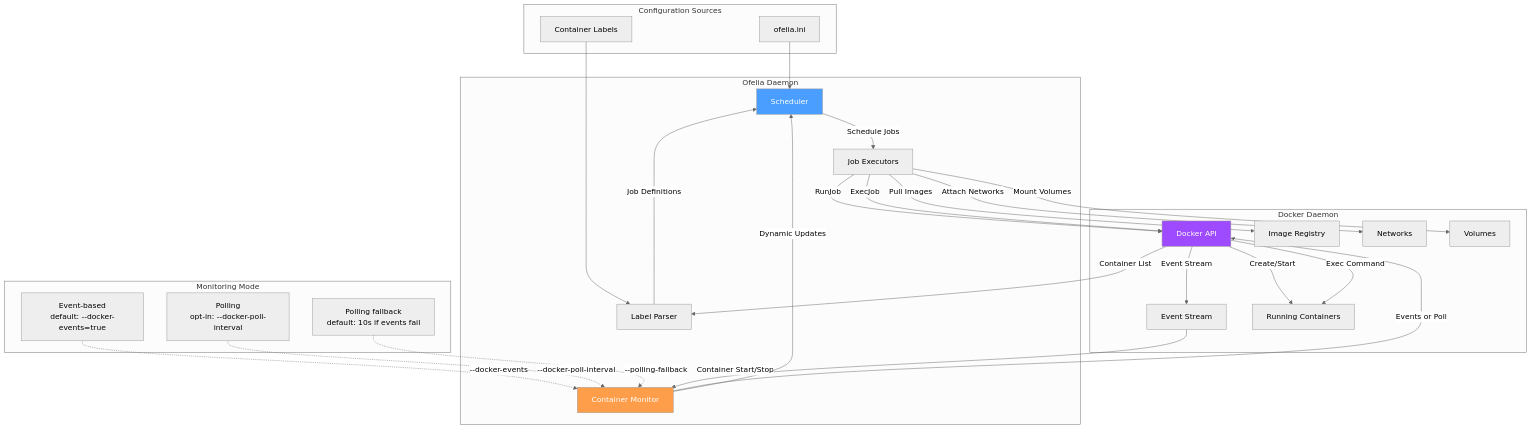
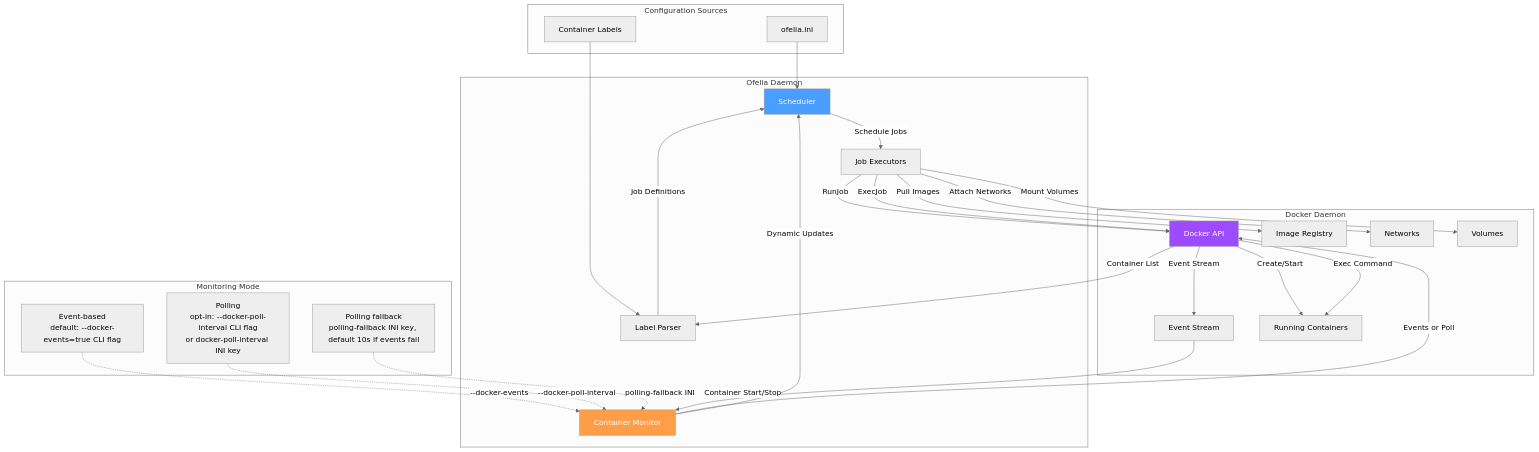
Before and after one commit to techsolo12/ofelia: the third of 8 diagrams in docs/ARCHITECTURE_DIAGRAMS.md, drawn with Mermaid (neutral theme). The commit also changed 3 other files, not shown here.

First line of the commit message:
docs(README): clarify which polling controls are CLI flags vs INI keys

````diff
--- a/docs/ARCHITECTURE_DIAGRAMS.md
+++ b/docs/ARCHITECTURE_DIAGRAMS.md
@@ -158,59 +158,59 @@
 ```mermaid
 graph TB
     subgraph "Ofelia Daemon"
         Sched[Scheduler]
         Monitor[Container Monitor]
         Jobs[Job Executors]
         Parser[Label Parser]
     end
     
     subgraph "Docker Daemon"
         API[Docker API]
         Events[Event Stream]
         Containers[Running Containers]
         Images[Image Registry]
         Networks[Networks]
         Volumes[Volumes]
     end
     
     subgraph "Configuration Sources"
         INI[ofelia.ini]
         Labels[Container Labels]
     end
     
     subgraph "Monitoring Mode"
-        EventMode[Event-based<br/>default: --docker-events=true]
-        Poll[Polling<br/>opt-in: --docker-poll-interval]
-        Fallback[Polling fallback<br/>default: 10s if events fail]
+        EventMode[Event-based<br/>default: --docker-events=true CLI flag]
+        Poll[Polling<br/>opt-in: --docker-poll-interval CLI flag<br/>or docker-poll-interval INI key]
+        Fallback[Polling fallback<br/>polling-fallback INI key, default 10s if events fail]
     end
     
     INI --> Sched
     Labels --> Parser
     
     Monitor -->|Events or Poll| API
     API -->|Container List| Parser
     Parser -->|Job Definitions| Sched
     
     EventMode -.->|--docker-events| Monitor
     Poll -.->|--docker-poll-interval| Monitor
-    Fallback -.->|--polling-fallback| Monitor
+    Fallback -.->|polling-fallback INI| Monitor
     
     Sched -->|Schedule Jobs| Jobs
     
     Jobs -->|RunJob| API
     API -->|Create/Start| Containers
     Jobs -->|ExecJob| API
     API -->|Exec Command| Containers
     
     Jobs -->|Pull Images| Images
     Jobs -->|Attach Networks| Networks
     Jobs -->|Mount Volumes| Volumes
     
     API -->|Event Stream| Events
     Events -->|Container Start/Stop| Monitor
     Monitor -->|Dynamic Updates| Sched
     
     style Sched fill:#4a9eff,color:#fff
     style Monitor fill:#ff9e4a,color:#fff
     style API fill:#9e4aff,color:#fff
 ```
````
